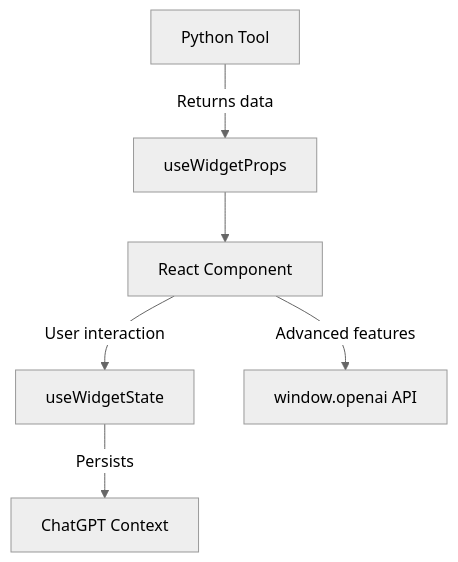
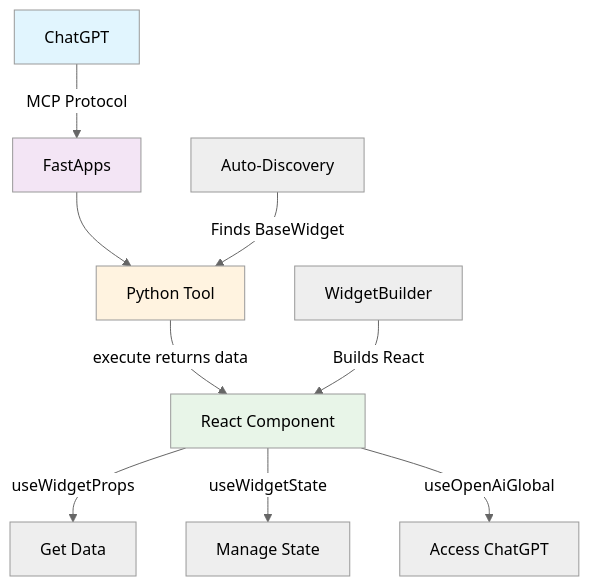
Before and after one commit to DooiLabs/fastapps_docs: the diagram in what-is-fastapps/index.mdx, drawn with Mermaid (neutral theme). The commit also changed other lines of this file, not shown here.

Commit message:
Documentation edits made through Mintlify web editor

````diff
--- a/what-is-fastapps/index.mdx
+++ b/what-is-fastapps/index.mdx
@@ -79,8 +80,19 @@
 ```mermaid
 graph TD
-    A[Python Tool] -->|Returns data| B[useWidgetProps]
-    B --> C[React Component]
-    C -->|User interaction| D[useWidgetState]
-    D -->|Persists| E[ChatGPT Context]
-    C -->|Advanced features| F[window.openai API]
+    A[ChatGPT] -->|MCP Protocol| B[FastApps]
+    
+    B --> C[Python Tool]
+    C -->|execute returns data| D[React Component]
+    
+    D -->|useWidgetProps| E[Get Data]
+    D -->|useWidgetState| F[Manage State]
+    D -->|useOpenAiGlobal| G[Access ChatGPT]
+    
+    H[Auto-Discovery] -->|Finds BaseWidget| C
+    I[WidgetBuilder] -->|Builds React| D
+    
+    style A fill:#e1f5fe
+    style B fill:#f3e5f5
+    style C fill:#fff3e0
+    style D fill:#e8f5e8
 ```
````
